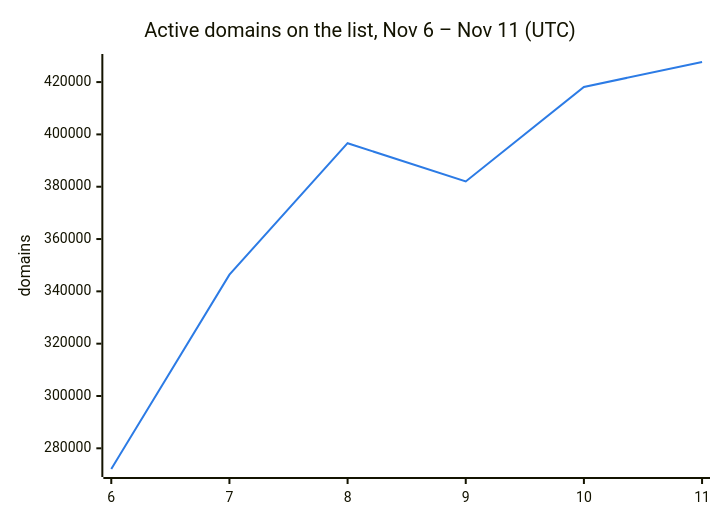
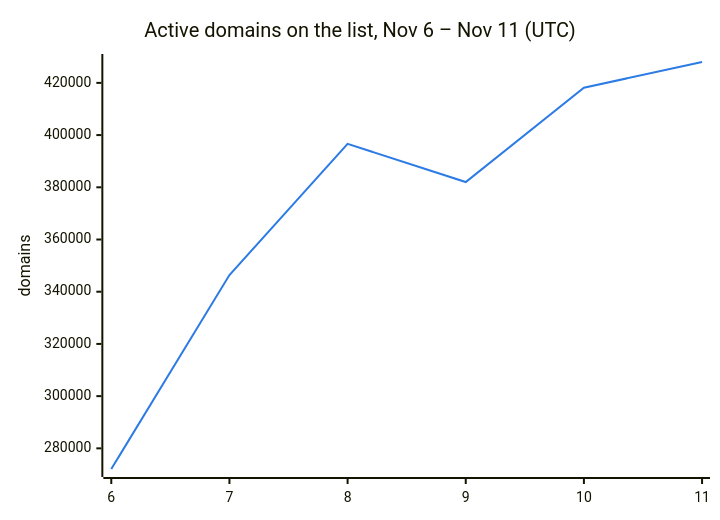
One commit to DNSBunker/CTI changed the second of 3 diagrams in README.md. Above: the diagram before and after it, drawn with Mermaid. The commit also changed other lines of this file and 3 other files, not shown here.

````diff
--- a/README.md
+++ b/README.md
@@ -38,8 +38,8 @@
 ```mermaid
 %%{init: {"themeVariables": {"xyChart": {"plotColorPalette": "#2c7be5"}}}}%%
 xychart-beta
     title "Active domains on the list, Nov 6 – Nov 11 (UTC)"
     x-axis ["6", "7", "8", "9", "10", "11"]
     y-axis "domains"
-    line [272088, 346388, 396638, 382009, 418143, 427678]
+    line [272088, 346388, 396638, 382009, 418143, 427997]
 ```
````
